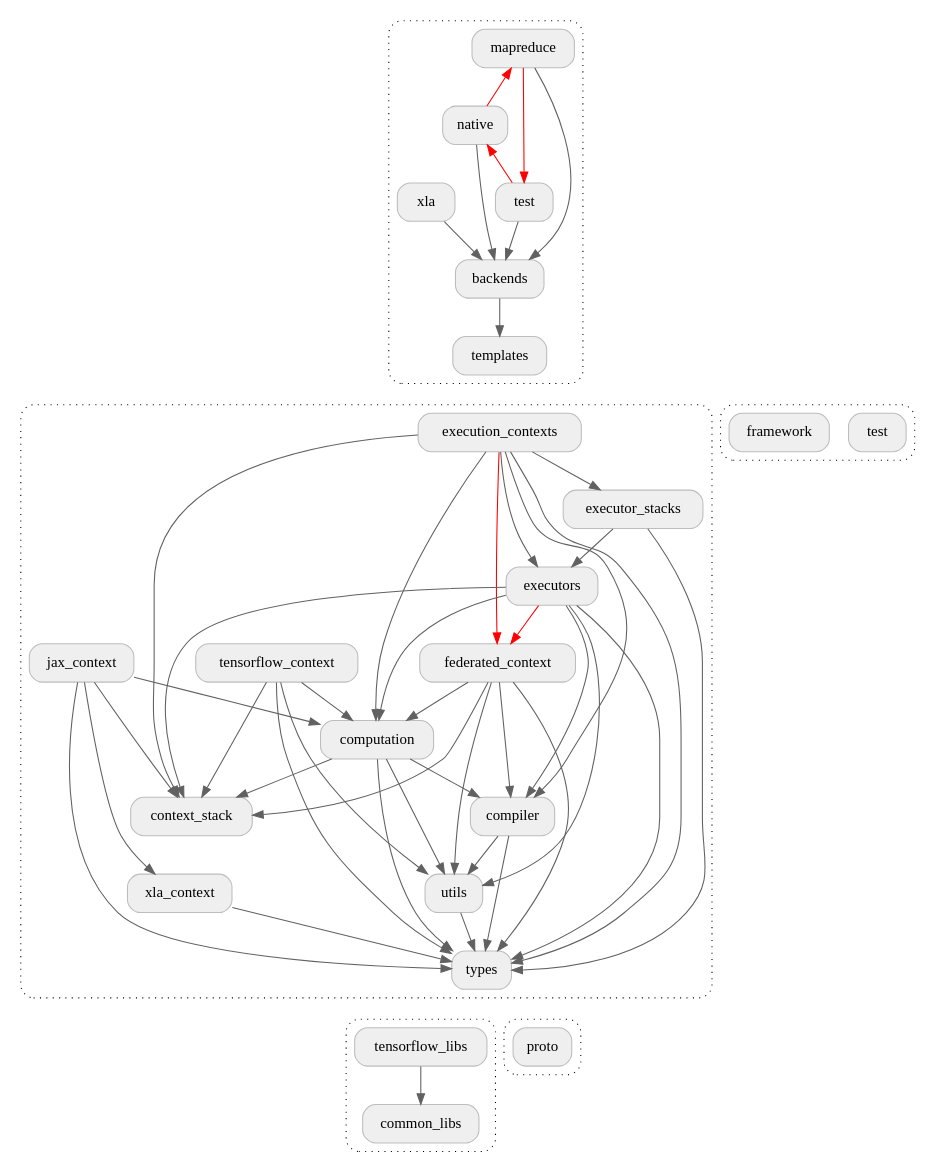
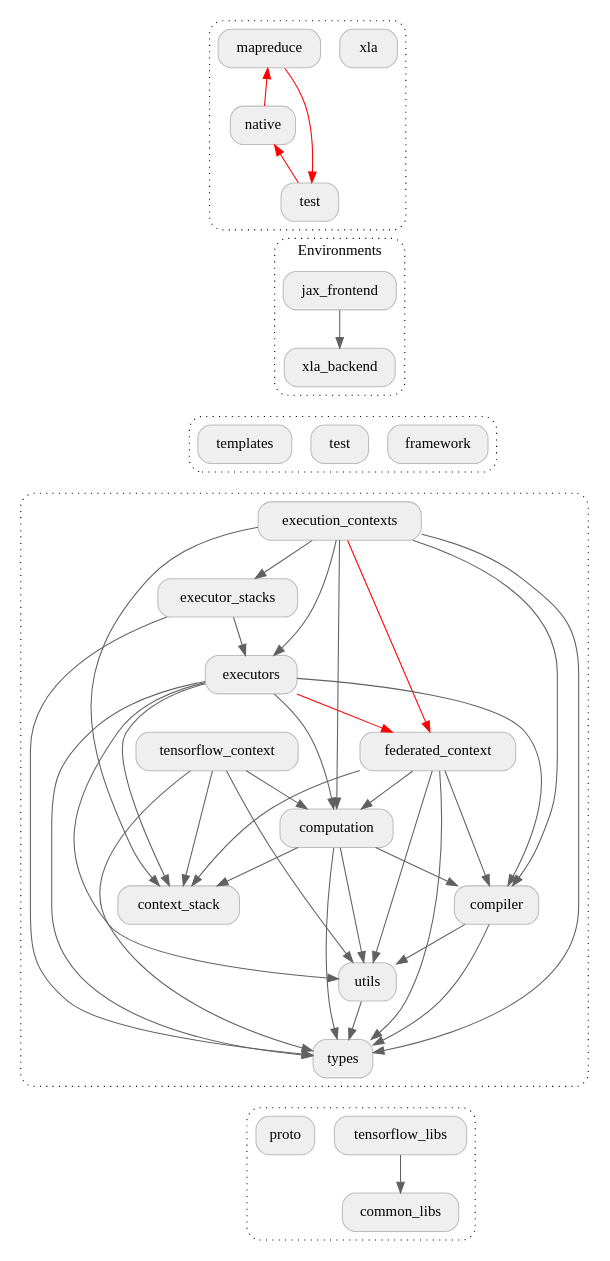
Before and after one commit to google-parfait/tensorflow-federated: the diagram in docs/design/package_structure_core.dot, drawn with Graphviz. The commit also changed 34 other files, not shown here.

Commit message:
Move the JAX/XLA environments into isolated packages.

```diff
--- a/docs/design/package_structure_core.dot
+++ b/docs/design/package_structure_core.dot
@@ -1,101 +1,99 @@
 digraph {
   graph [style="dotted,rounded"]
   node [shape="box", style="rounded,filled", fillcolor="#efefef", color="#bdbdbd"]
   edge [color="#616161"]
 
-  subgraph cluster_core_0 {
+  subgraph cluster_backends {
+    graph [href="https://github.com/tensorflow/federated/blob/main/tensorflow_federated/python/core/backends" target="_parent"]
     mapreduce [href="https://github.com/tensorflow/federated/blob/main/tensorflow_federated/python/core/backends/mapreduce" target="_parent"]
     native [href="https://github.com/tensorflow/federated/blob/main/tensorflow_federated/python/core/backends/native" target="_parent"]
     backends_test [label="test", href="https://github.com/tensorflow/federated/blob/main/tensorflow_federated/python/core/backends/test" target="_parent"]
     xla [href="https://github.com/tensorflow/federated/blob/main/tensorflow_federated/python/core/backends/xla" target="_parent"]
-    backends [href="https://github.com/tensorflow/federated/blob/main/tensorflow_federated/python/core/backends" target="_parent"]
-    templates [href="https://github.com/tensorflow/federated/blob/main/tensorflow_federated/python/core/templates" target="_parent"]
   }
-
-  mapreduce -> backends
-  native -> backends
-  backends_test -> backends
-  xla -> backends
-  backends -> templates
-  templates -> execution_contexts [arrowhead="none", style="invisible"]
 
   // TODO: b/233800075 - Remove dependency from `native` to `mapreduce`.
   mapreduce -> native [dir=back, color="#ff0000"]
   // TODO: b/233800373 - Remove dependency from `test` to `native`.
   native -> backends_test [dir=back, color="#ff0000"]
   // TODO: b/233801300 - Remove dependency from `mapreduce` to `test`.
   mapreduce -> backends_test [color="#ff0000"]
+  backends_test -> jax_frontend [arrowhead="none", style="invisible"]
+  xla -> jax_frontend [arrowhead="none", style="invisible"]
+
+  subgraph cluster_environments {
+    graph [label="Environments", href="https://github.com/tensorflow/federated/blob/main/tensorflow_federated/python/core/environments" target="_parent"]
+    jax_frontend [href="https://github.com/tensorflow/federated/blob/main/tensorflow_federated/python/core/environments/jax_frontend" target="_parent"]
+    xla_backend [href="https://github.com/tensorflow/federated/blob/main/tensorflow_federated/python/core/environments/xla_backend" target="_parent"]
+  }
+
+  jax_frontend -> xla_backend
+  xla_backend -> framework [arrowhead="none", style="invisible"]
+  xla_backend -> test [arrowhead="none", style="invisible"]
+  xla_backend -> templates [arrowhead="none", style="invisible"]
 
   subgraph cluster_core_1 {
     framework [href="https://github.com/tensorflow/federated/blob/main/tensorflow_federated/python/core/framework" target="_parent"]
     test [href="https://github.com/tensorflow/federated/blob/main/tensorflow_federated/python/core/test" target="_parent"]
+    templates [href="https://github.com/tensorflow/federated/blob/main/tensorflow_federated/python/core/templates" target="_parent"]
   }
 
-  framework -> executor_stacks [arrowhead="none", style="invisible"]
-  test -> executor_stacks [arrowhead="none", style="invisible"]
+  framework -> execution_contexts [arrowhead="none", style="invisible"]
+  test -> execution_contexts [arrowhead="none", style="invisible"]
+  templates -> execution_contexts [arrowhead="none", style="invisible"]
 
   subgraph cluster_core_2 {
+    graph [href="https://github.com/tensorflow/federated/blob/main/tensorflow_federated/python/core/impl" target="_parent"]
     execution_contexts [href="https://github.com/tensorflow/federated/blob/main/tensorflow_federated/python/core/impl/execution_contexts" target="_parent"]
     executor_stacks [href="https://github.com/tensorflow/federated/blob/main/tensorflow_federated/python/core/impl/executor_stacks" target="_parent"]
     executors [href="https://github.com/tensorflow/federated/blob/main/tensorflow_federated/python/core/impl/executors" target="_parent"]
     federated_context [href="https://github.com/tensorflow/federated/blob/main/tensorflow_federated/python/core/impl/federated_context" target="_parent"]
     tensorflow_context [href="https://github.com/tensorflow/federated/blob/main/tensorflow_federated/python/core/impl/tensorflow_context" target="_parent"]
-    jax_context [href="https://github.com/tensorflow/federated/blob/main/tensorflow_federated/python/core/impl/jax_context" target="_parent"]
-    xla_context [href="https://github.com/tensorflow/federated/blob/main/tensorflow_federated/python/core/impl/jax_context" target="_parent"]
     computation [href="https://github.com/tensorflow/federated/blob/main/tensorflow_federated/python/core/impl/computation" target="_parent"]
     compiler [href="https://github.com/tensorflow/federated/blob/main/tensorflow_federated/python/core/impl/compiler" target="_parent"]
     utils [href="https://github.com/tensorflow/federated/blob/main/tensorflow_federated/python/core/impl/utils" target="_parent"]
     types [href="https://github.com/tensorflow/federated/blob/main/tensorflow_federated/python/core/impl/types" target="_parent"]
     context_stack [href="https://github.com/tensorflow/federated/blob/main/tensorflow_federated/python/core/impl/context_stack" target="_parent"]
   }
 
   execution_contexts -> executor_stacks
   execution_contexts -> executors
   execution_contexts -> federated_context [color="#ff0000"]
   execution_contexts -> computation
   execution_contexts -> compiler
   execution_contexts -> types
   execution_contexts -> context_stack
   executor_stacks -> executors
   executor_stacks -> types
   executors -> federated_context [color="#ff0000"]
   executors -> computation
   executors -> compiler
   executors -> utils
   executors -> types
   executors -> context_stack
   federated_context -> computation
   federated_context -> compiler
   federated_context -> utils
   federated_context -> types
   federated_context -> context_stack
   tensorflow_context -> computation
   tensorflow_context -> utils
   tensorflow_context -> types
   tensorflow_context -> context_stack
-  jax_context -> xla_context
-  jax_context -> computation
-  jax_context -> types
-  jax_context -> context_stack
-  xla_context -> types
   computation -> compiler
   computation -> utils
   computation -> types
   computation -> context_stack
   compiler -> utils
   compiler -> types
   utils -> types
   types -> tensorflow_libs [arrowhead="none", style="invisible"]
   types -> proto [arrowhead="none", style="invisible"]
 
   subgraph cluster_core_3 {
     tensorflow_libs [href="https://github.com/tensorflow/federated/blob/main/tensorflow_federated/python/tensorflow_libs" target="_parent"]
     common_libs [href="https://github.com/tensorflow/federated/blob/main/tensorflow_federated/python/common_libs" target="_parent"]
+    proto [href="https://github.com/tensorflow/federated/blob/main/tensorflow_federated/proto" target="_parent"]
   }
 
   tensorflow_libs -> common_libs
-
-  subgraph cluster_core_4 {
-    proto [href="https://github.com/tensorflow/federated/blob/main/tensorflow_federated/proto" target="_parent"]
-  }
 }
```
